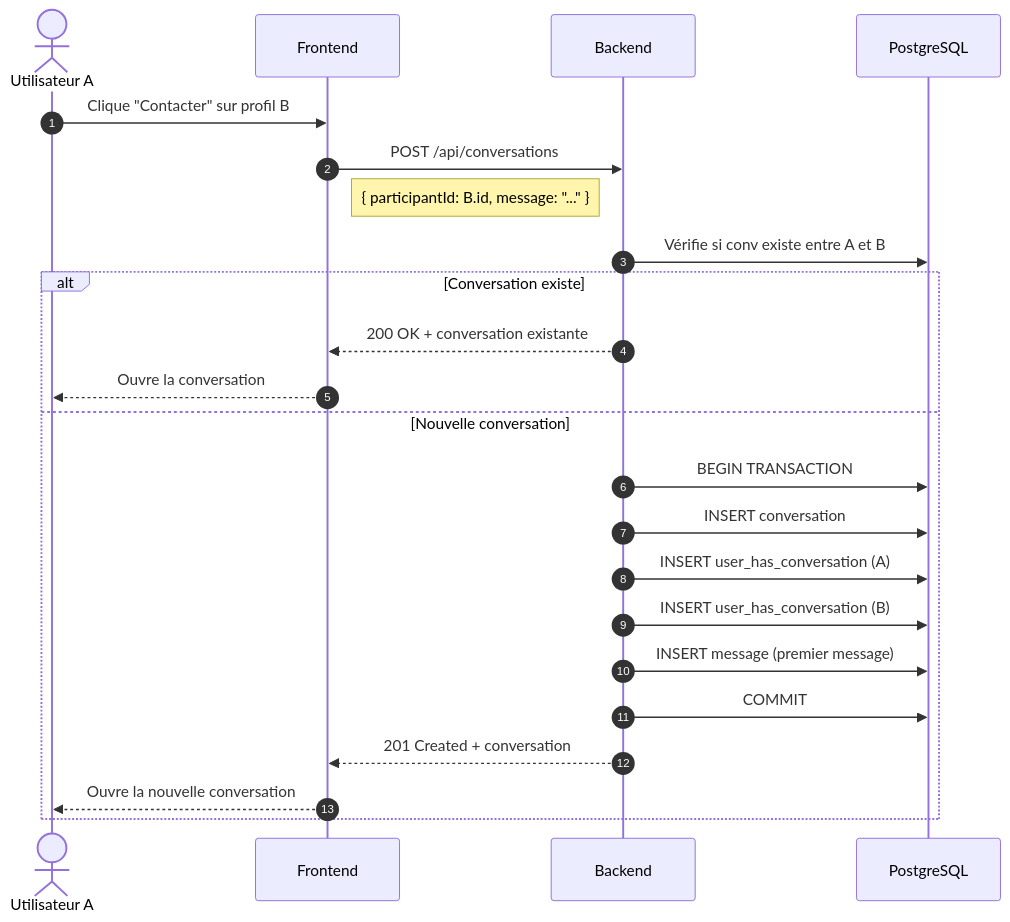
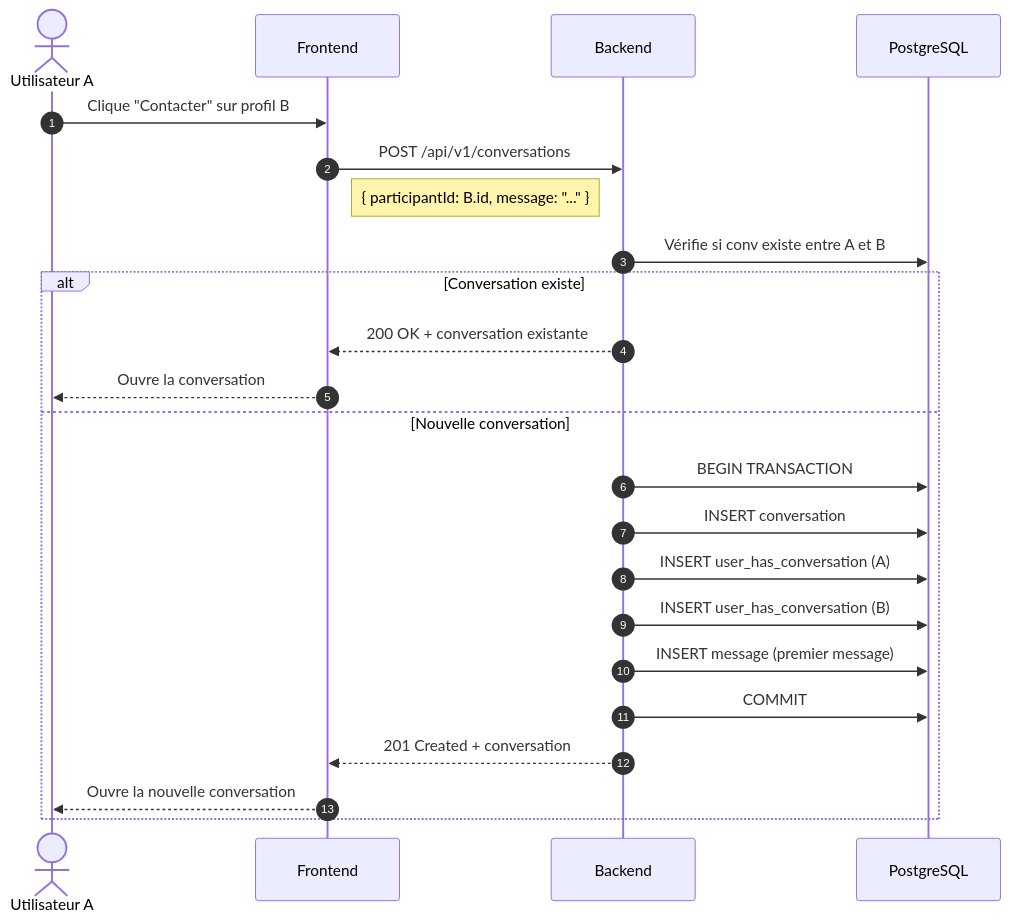
The second of 3 diagrams in docs/documentation-implementation/arc42/06-runtime/messaging.md (Sojeremy/documentation-skillswap), drawn with Mermaid before and after one commit. The commit also changed other lines of this file and 5 other files, not shown here.

First line of the commit message:
docs(arc42): aligner les Mermaid sur le préfixe /api/v1/ et le chemin /profiles (axe 3 / commit 1)

````diff
--- a/docs/documentation-implementation/arc42/06-runtime/messaging.md
+++ b/docs/documentation-implementation/arc42/06-runtime/messaging.md
@@ -40,26 +40,26 @@
 ```mermaid
 sequenceDiagram
     autonumber
     actor U as Utilisateur A
     participant F as Frontend
     participant B as Backend
     participant DB as PostgreSQL
 
     U->>F: Clique "Contacter" sur profil B
-    F->>B: POST /api/conversations
+    F->>B: POST /api/v1/conversations
     Note right of F: { participantId: B.id, message: "..." }
     B->>DB: Vérifie si conv existe entre A et B
     alt Conversation existe
         B-->>F: 200 OK + conversation existante
         F-->>U: Ouvre la conversation
     else Nouvelle conversation
         B->>DB: BEGIN TRANSACTION
         B->>DB: INSERT conversation
         B->>DB: INSERT user_has_conversation (A)
         B->>DB: INSERT user_has_conversation (B)
         B->>DB: INSERT message (premier message)
         B->>DB: COMMIT
         B-->>F: 201 Created + conversation
         F-->>U: Ouvre la nouvelle conversation
     end
 ```
````
